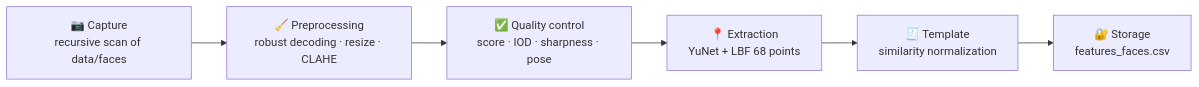
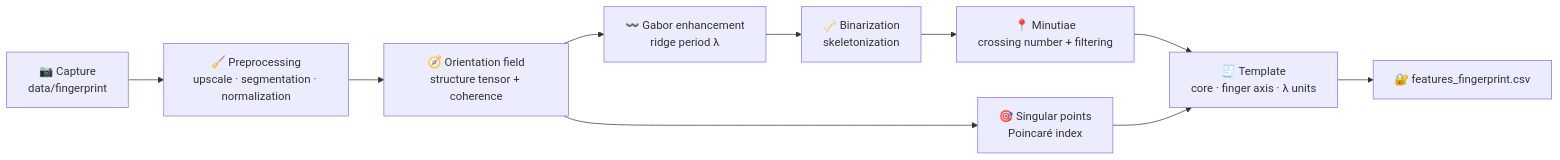
Before and after one commit to zoubeiraouchar13-creator/Facial-Biometric-Landmark-Detection-Feature-Extraction: the diagram in README.md, drawn with Mermaid. The commit also changed other lines of this file, not shown here.

````diff
--- a/README.md
+++ b/README.md
@@ -38,8 +51,12 @@
 ```mermaid
 flowchart LR
-    A["📷 Capture<br/>recursive scan of data/faces"] --> B["🧹 Preprocessing<br/>robust decoding · resize · CLAHE"]
-    B --> C["✅ Quality control<br/>score · IOD · sharpness · pose"]
-    C --> D["📍 Extraction<br/>YuNet + LBF 68 points"]
-    D --> E["🧾 Template<br/>similarity normalization"]
-    E --> F["🔐 Storage<br/>features_faces.csv"]
+    A["📷 Capture<br/>data/fingerprint"] --> B["🧹 Preprocessing<br/>upscale · segmentation · normalization"]
+    B --> C["🧭 Orientation field<br/>structure tensor + coherence"]
+    C --> D["〰️ Gabor enhancement<br/>ridge period λ"]
+    D --> E["🦴 Binarization<br/>skeletonization"]
+    E --> F["📍 Minutiae<br/>crossing number + filtering"]
+    C --> G["🎯 Singular points<br/>Poincaré index"]
+    F --> H["🧾 Template<br/>core · finger axis · λ units"]
+    G --> H
+    H --> I["🔐 features_fingerprint.csv"]
 ```
````
